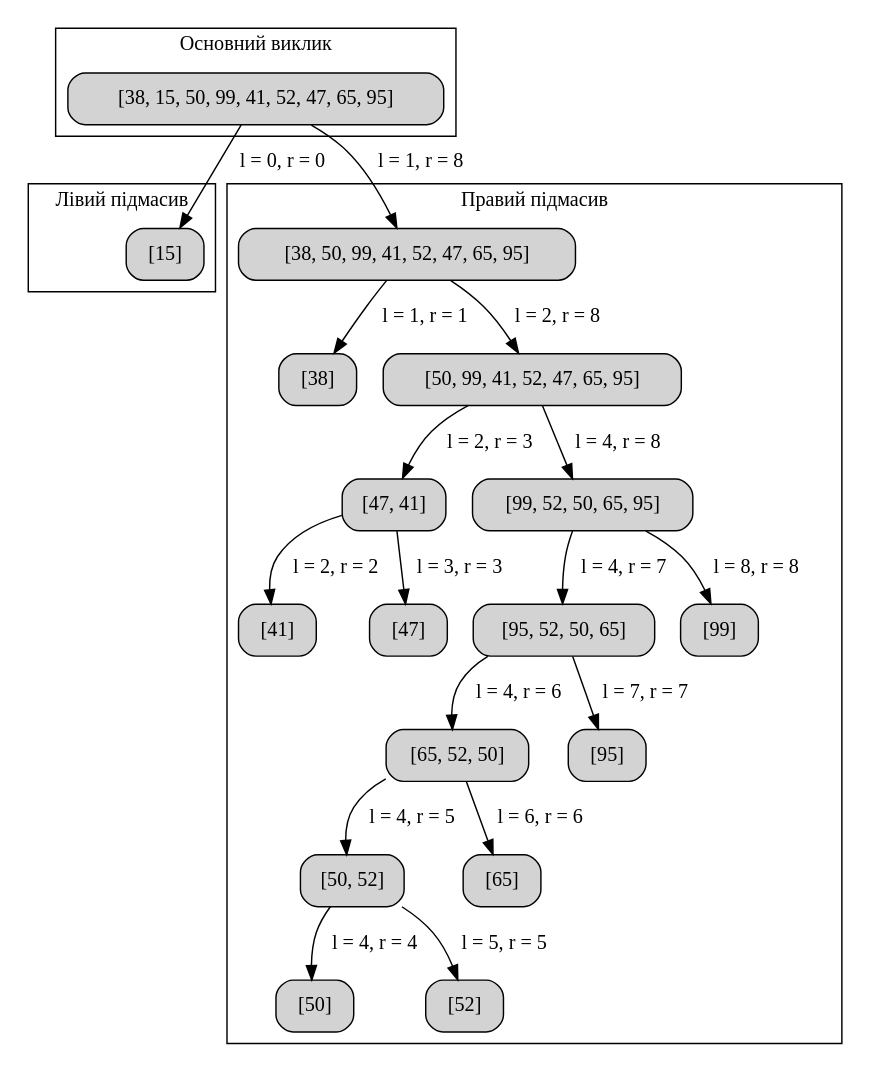
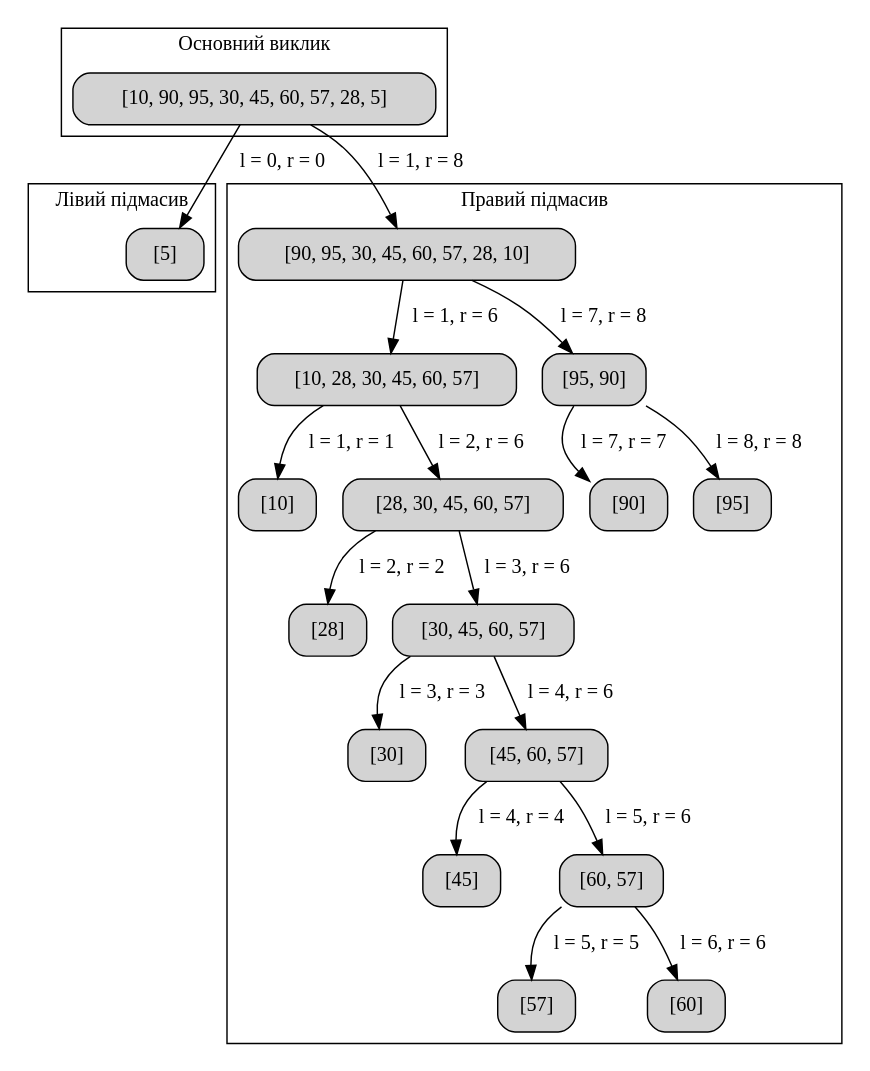
The diagram in LR2/quick_sort.gv (Alex482Ukr/algorithms-labs), drawn with Graphviz before and after one commit. The commit also changed 11 other files, not shown here.

```diff
--- a/LR2/quick_sort.gv
+++ b/LR2/quick_sort.gv
@@ -1,67 +1,66 @@
 digraph QuickSort {
     node [shape=box, style="rounded,filled"];
 
     subgraph cluster_init {
         label="Основний виклик";
-        Start [label="[38, 15, 50, 99, 41, 52, 47, 65, 95]"];
+        Start [label="[10, 90, 95, 30, 45, 60, 57, 28, 5]"];
     }
 
     subgraph cluster_left {
         label="Лівий підмасив";
         
-        LL [label="[15]"];
+        LL [label="[5]"];
         Start -> LL [label="l = 0, r = 0"];
             
     }
 
     subgraph cluster_right {
         label="Правий підмасив";
         
-        LR [label="[38, 50, 99, 41, 52, 47, 65, 95]"];
+        LR [label="[90, 95, 30, 45, 60, 57, 28, 10]"];
         Start -> LR [label="l = 1, r = 8"];
         
-            LRL [label="[38]"];
-            LR -> LRL [label="l = 1, r = 1"];
+            LRL [label="[10, 28, 30, 45, 60, 57]"];
+            LR -> LRL [label="l = 1, r = 6"];
             
+                LRLL [label="[10]"];
+                LRL -> LRLL [label="l = 1, r = 1"];
+                
+                LRLR [label="[28, 30, 45, 60, 57]"];
+                LRL -> LRLR [label="l = 2, r = 6"];
+                
+                    LRLRL [label="[28]"];
+                    LRLR -> LRLRL [label="l = 2, r = 2"];
+                    
+                    LRLRR [label="[30, 45, 60, 57]"];
+                    LRLR -> LRLRR [label="l = 3, r = 6"];
+                    
+                        LRLRRL [label="[30]"];
+                        LRLRR -> LRLRRL [label="l = 3, r = 3"];
+                        
+                        LRLRRR [label="[45, 60, 57]"];
+                        LRLRR -> LRLRRR [label="l = 4, r = 6"];
+                        
+                            LRLRRRL [label="[45]"];
+                            LRLRRR -> LRLRRRL [label="l = 4, r = 4"];
+                            
+                            LRLRRRR [label="[60, 57]"];
+                            LRLRRR -> LRLRRRR [label="l = 5, r = 6"];
+                            
+                                LRLRRRRL [label="[57]"];
+                                LRLRRRR -> LRLRRRRL [label="l = 5, r = 5"];
+                                
+                                LRLRRRRR [label="[60]"];
+                                LRLRRRR -> LRLRRRRR [label="l = 6, r = 6"];
             
-            LRR [label="[50, 99, 41, 52, 47, 65, 95]"];
-            LR -> LRR [label="l = 2, r = 8"];
+            LRR [label="[95, 90]"];
+            LR -> LRR [label="l = 7, r = 8"];
             
-                LRRL [label="[47, 41]"];
-                LRR -> LRRL [label="l = 2, r = 3"];
+                LRRL [label="[90]"];
+                LRR -> LRRL [label="l = 7, r = 7"];
                 
-                    LRRLL [label="[41]"];
-                    LRRL -> LRRLL [label="l = 2, r = 2"];
-                    
-                    LRRLR [label="[47]"];
-                    LRRL -> LRRLR [label="l = 3, r = 3"];
-                
-                LRRR [label="[99, 52, 50, 65, 95]"];
-                LRR -> LRRR [label="l = 4, r = 8"];
-                
-                    LRRRL [label="[95, 52, 50, 65]"];
-                    LRRR -> LRRRL [label="l = 4, r = 7"];
-                    
-                        LRRRLL [label="[65, 52, 50]"];
-                        LRRRL -> LRRRLL [label="l = 4, r = 6"];
-                        
-                            LRRRLLL [label="[50, 52]"];
-                            LRRRLL -> LRRRLLL [label="l = 4, r = 5"];
-                            
-                                LRRRLLLL [label="[50]"];
-                                LRRRLLL -> LRRRLLLL [label="l = 4, r = 4"];
-                                
-                                LRRRLLLR [label="[52]"];
-                                LRRRLLL -> LRRRLLLR [label="l = 5, r = 5"];
-                            
-                            LRRRLLR [label="[65]"];
-                            LRRRLL -> LRRRLLR [label="l = 6, r = 6"];
-                            
-                        LRRRLR [label="[95]"];
-                        LRRRL -> LRRRLR [label="l = 7, r = 7"];
-                        
-                    LRRRR [label="[99]"];
-                    LRRR -> LRRRR [label="l = 8, r = 8"];
+                LRRR [label="[95]"];
+                LRR -> LRRR [label="l = 8, r = 8"];
     }
 
 }
```
